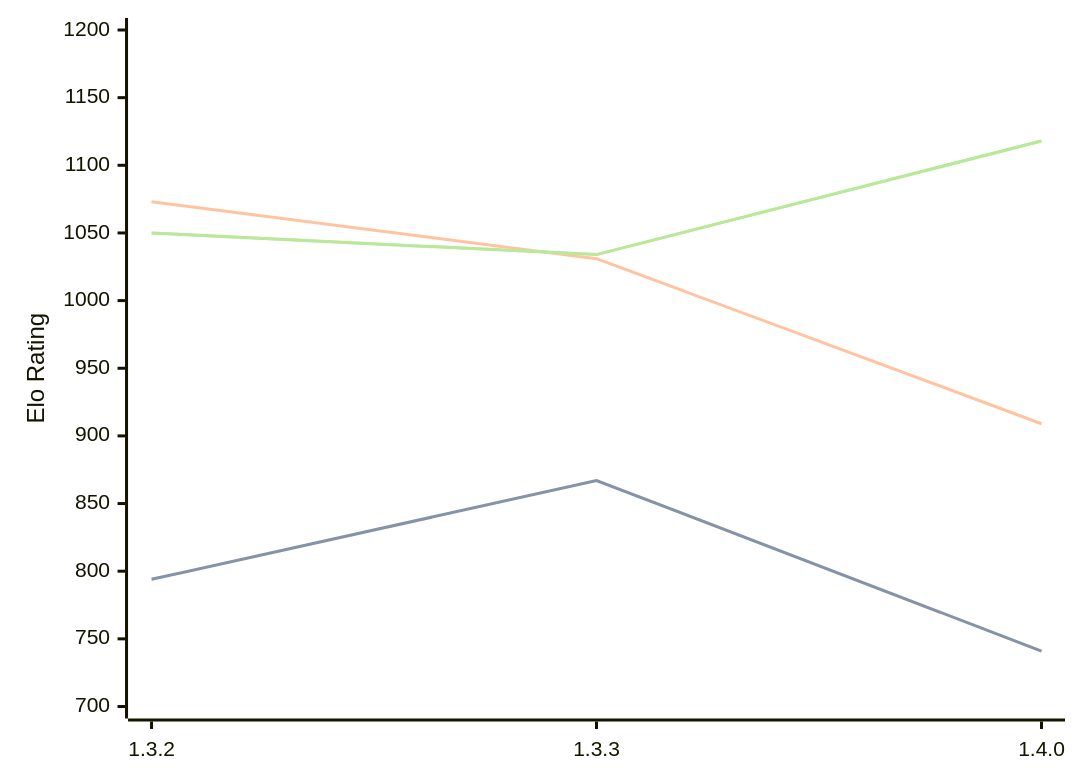
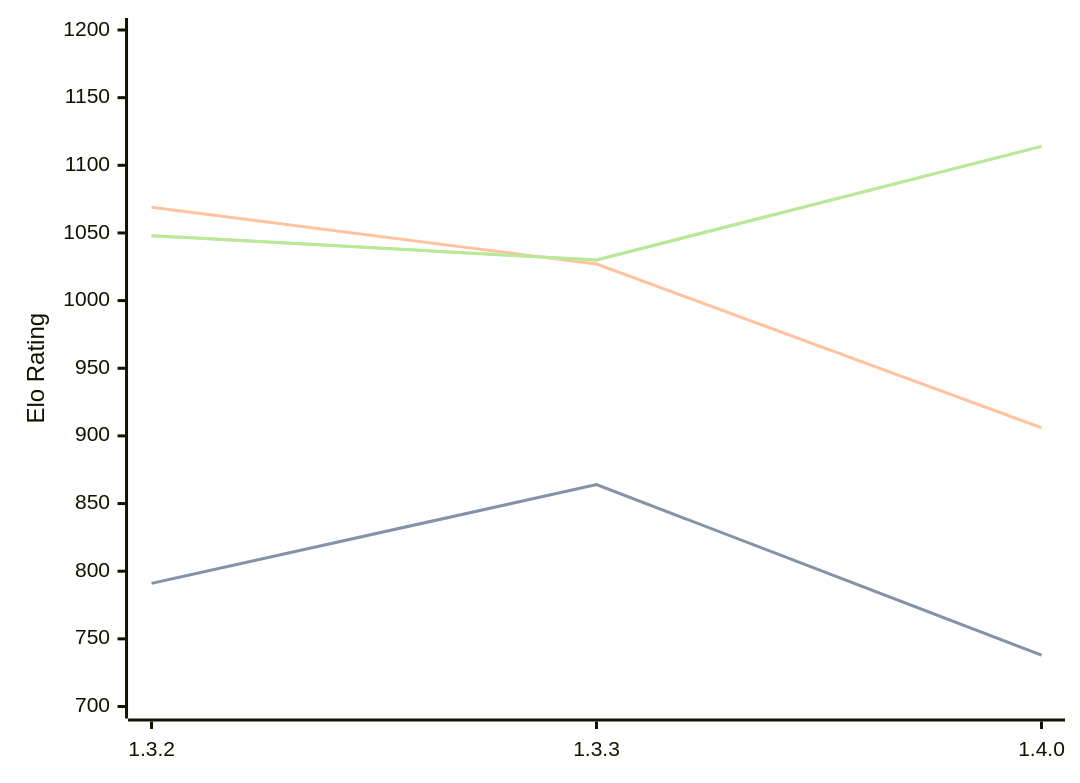
Before and after one commit to computer-chess-index/cci: the diagram in engines/Whitespine.md, drawn with Mermaid. The commit also changed other lines of this file, not shown here.

Commit message:
Update CCI Ratings (ELO VLTC) - 2026-05-19

````diff
--- a/engines/Whitespine.md
+++ b/engines/Whitespine.md
@@ -36,11 +36,11 @@
 ```mermaid
 %%{init: {"theme":"base","themeVariables":{"seriesColors:['#a3a3a3','#222221','#faa371']}}}%%
 xychart-beta
   x-axis ["1.3.2", "1.3.3", "1.4.0"]
   y-axis "Elo Rating" 700 --> 1200
-  line "STC (8.0+0.08s)" [794, 867, 741]
-  line "STC (8.0+0.08s)" [794, 867, 741]
-  line "LTC (60.0+0.60s)" [1073, 1031, 909]
-  line "VLTC (2m24s+1.12s)" [1050, 1034, 1118]
-  line "VLTC (2m24s+1.12s)" [1050, 1034, 1118]
+  line "STC (8.0+0.08s)" [791, 864, 738]
+  line "STC (8.0+0.08s)" [791, 864, 738]
+  line "LTC (60.0+0.60s)" [1069, 1027, 906]
+  line "VLTC (2m24s+1.12s)" [1048, 1030, 1114]
+  line "VLTC (2m24s+1.12s)" [1048, 1030, 1114]
 ```
````
